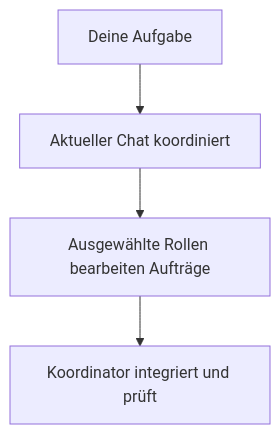
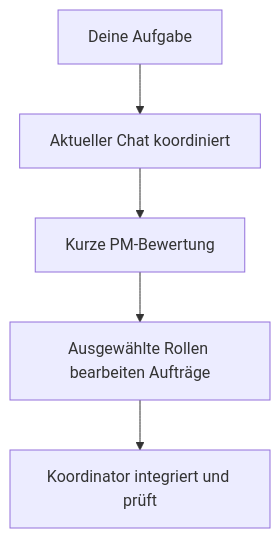
The diagram in docs/translations/de/README.md (pnetcloud/plex-ai), drawn with Mermaid before and after one commit. The commit also changed other lines of this file and 33 other files, not shown here.

````diff
--- a/docs/translations/de/README.md
+++ b/docs/translations/de/README.md
@@ -50,6 +50,7 @@
 ```mermaid
 flowchart TD
     A[Deine Aufgabe] --> B[Aktueller Chat koordiniert]
-    B --> C[Ausgewählte Rollen bearbeiten Aufträge]
+    B --> P[Kurze PM-Bewertung]
+    P --> C[Ausgewählte Rollen bearbeiten Aufträge]
     C --> D[Koordinator integriert und prüft]
 ```
````
